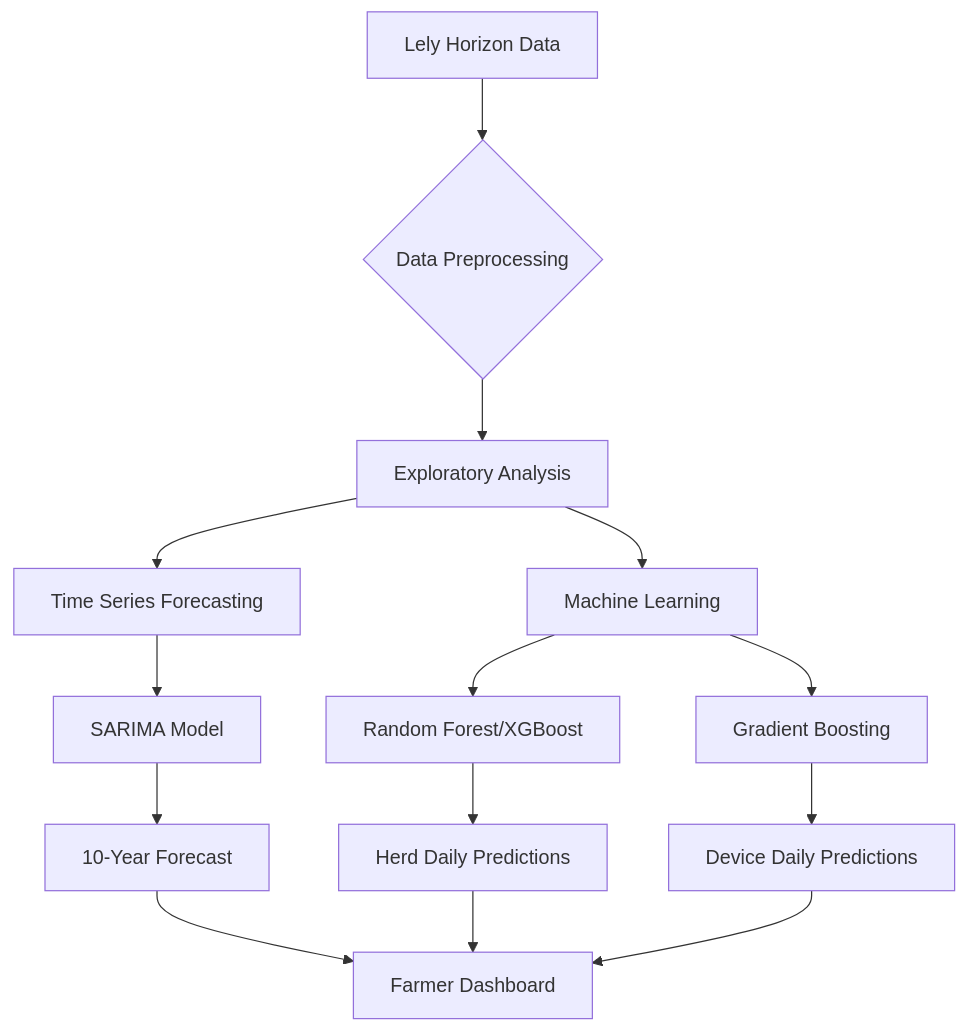
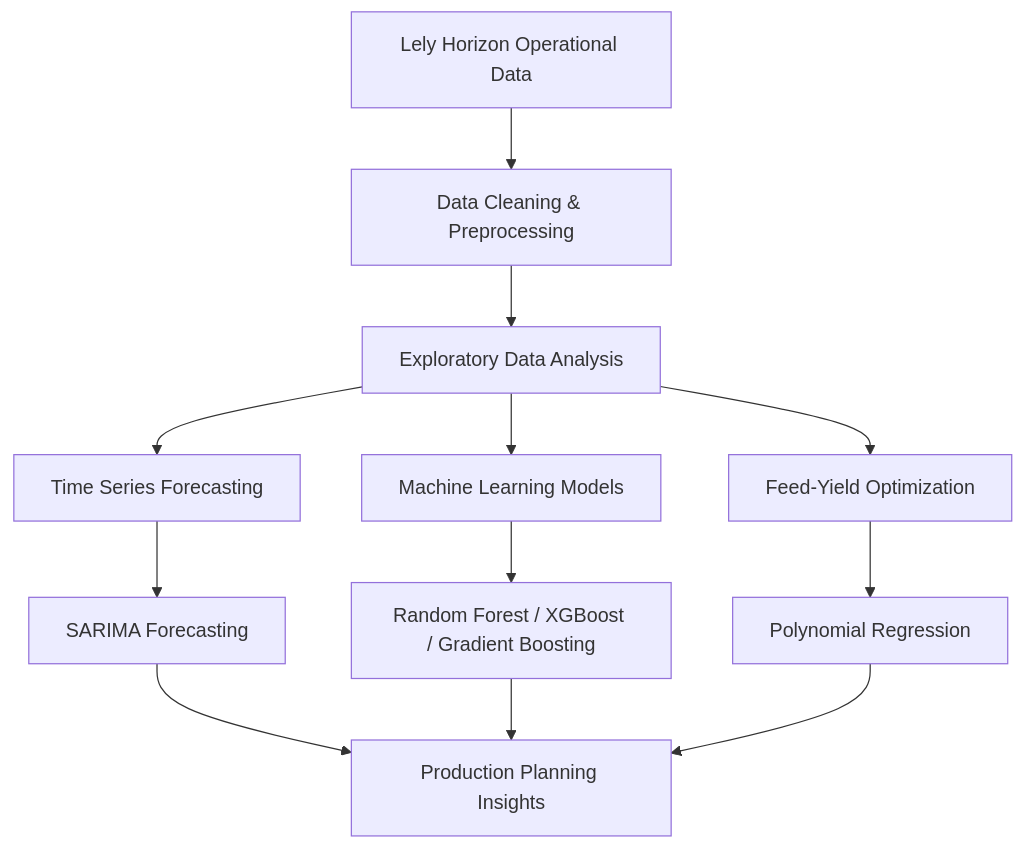
The diagram in README.md (Cloudduoduo/DS_project), drawn with Mermaid before and after one commit. The commit also changed other lines of this file, not shown here.

````diff
--- a/README.md
+++ b/README.md
@@ -32,16 +33,14 @@
 ```mermaid
 graph TD
-A[Lely Horizon Data] --> B{Data Preprocessing}
-B --> C[Exploratory Analysis]
-C --> D[Time Series Forecasting]
-C --> E[Machine Learning]
-D --> F[SARIMA Model]
-E --> G[Random Forest/XGBoost]
-E --> H[Gradient Boosting]
-F --> I[10-Year Forecast]
-G --> J[Herd Daily Predictions]
-H --> K[Device Daily Predictions]
-I --> L[Farmer Dashboard]
-J --> L
-K --> L
+  A["Lely Horizon Operational Data"] --> B["Data Cleaning & Preprocessing"]
+  B --> C["Exploratory Data Analysis"]
+  C --> D["Time Series Forecasting"]
+  C --> E["Machine Learning Models"]
+  C --> F["Feed-Yield Optimization"]
+  D --> G["SARIMA Forecasting"]
+  E --> H["Random Forest / XGBoost / Gradient Boosting"]
+  F --> I["Polynomial Regression"]
+  G --> J["Production Planning Insights"]
+  H --> J
+  I --> J
 ```
````
